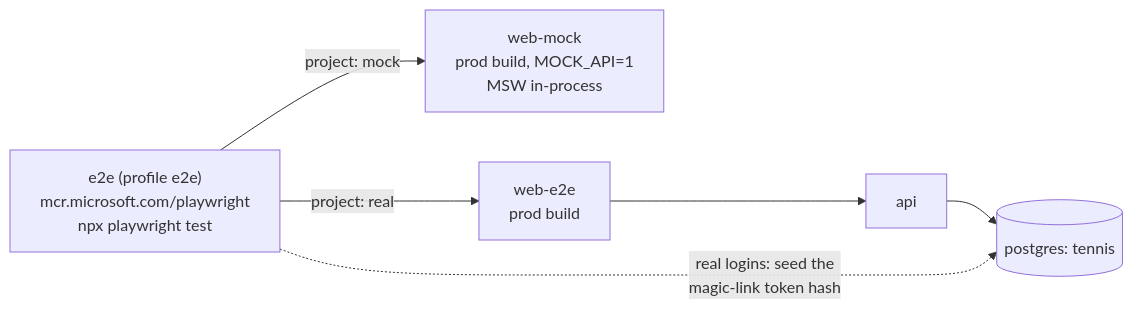
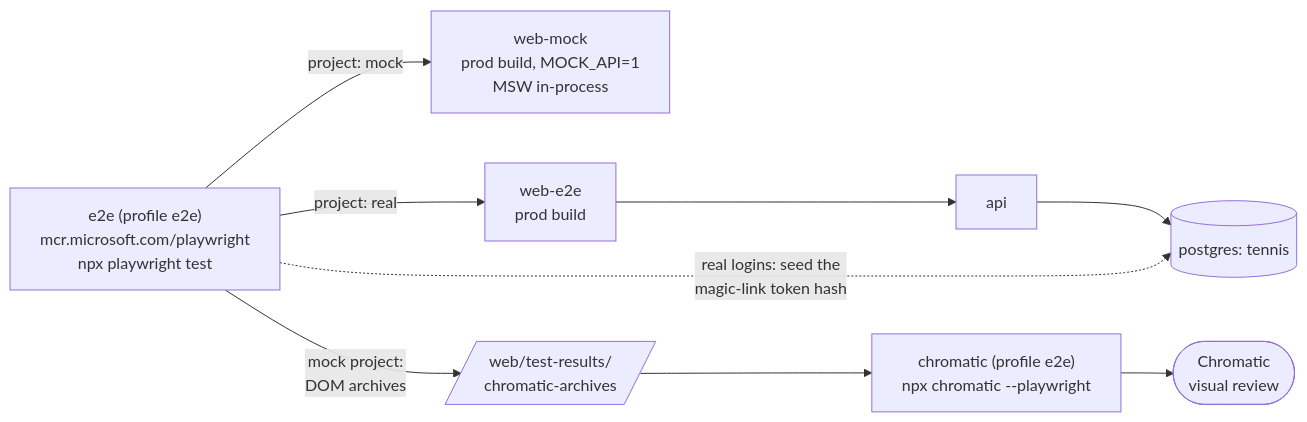
One commit to l1em1on1/social-tennis changed the eighth of 9 diagrams in docs/architecture.md. Above: the diagram before and after it, drawn with Mermaid. The commit also changed other lines of this file and 11 other files, not shown here.

First line of the commit message:
Chromatic visual review from the Playwright E2E suite (ADR-0015) (#49)

````diff
--- a/docs/architecture.md
+++ b/docs/architecture.md
@@ -281,7 +281,9 @@
 ```mermaid
 flowchart LR
     E["e2e (profile e2e)<br/>mcr.microsoft.com/playwright<br/>npx playwright test"] -->|"project: mock"| WM["web-mock<br/>prod build, MOCK_API=1<br/>MSW in-process"]
     E -->|"project: real"| WE["web-e2e<br/>prod build"]
     WE --> A2["api"] --> DB2[("postgres: tennis")]
     E -.->|"real logins: seed the<br/>magic-link token hash"| DB2
+    E -->|"mock project:<br/>DOM archives"| AR[/"web/test-results/<br/>chromatic-archives"/]
+    AR --> C["chromatic (profile e2e)<br/>npx chromatic --playwright"] --> CH(["Chromatic<br/>visual review"])
 ```
````
